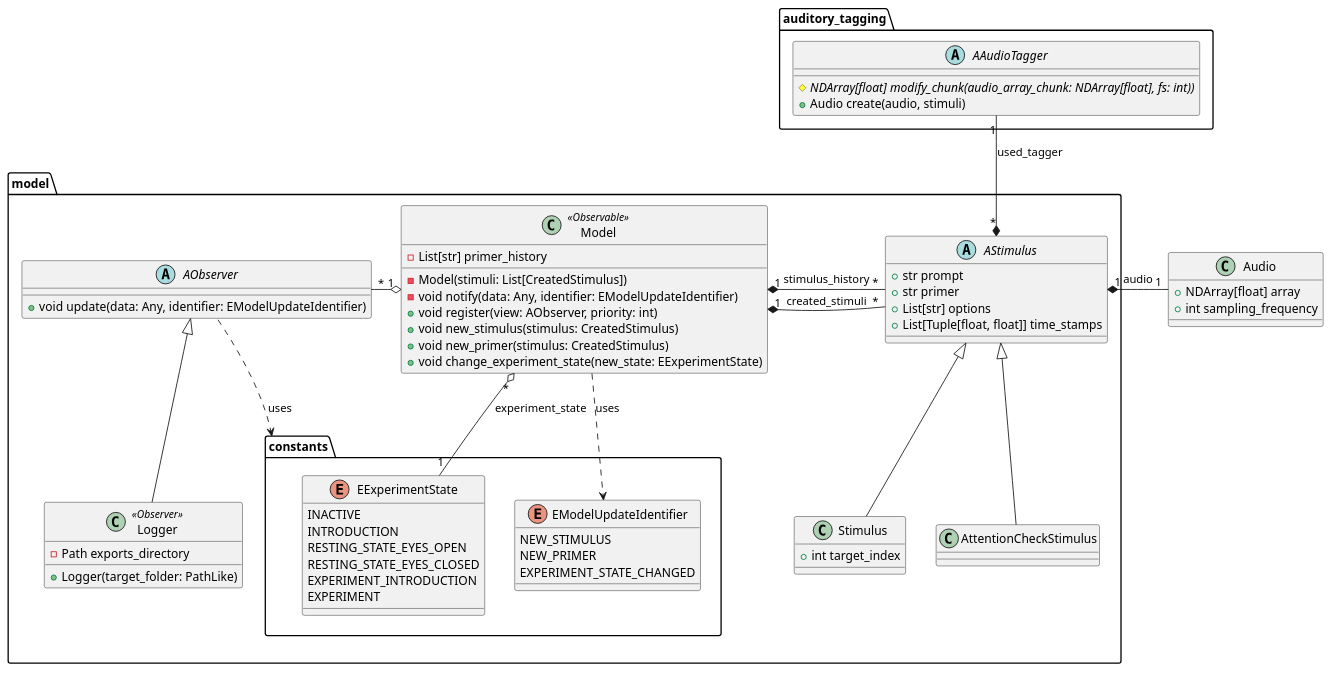
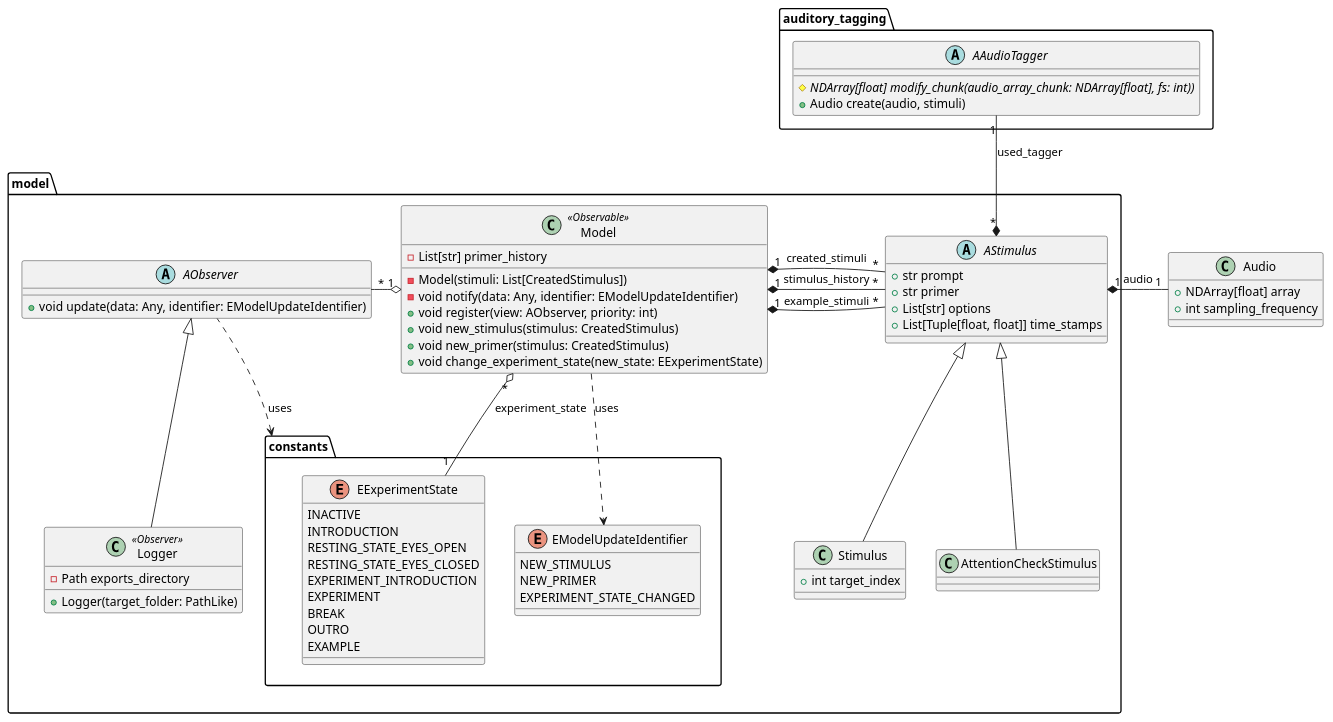
Before and after one commit to michalrzak/auditory-intention-decoding: the diagram in diagrams/plantuml/class/model_class.puml, drawn with PlantUML. The commit also changed 11 other files, not shown here.

```diff
--- a/diagrams/plantuml/class/model_class.puml
+++ b/diagrams/plantuml/class/model_class.puml
@@ -1,80 +1,84 @@
 @startuml
 
 class Audio {
     +NDArray[float] array
     +int sampling_frequency
 }
 
 package auditory_tagging {
     abstract class AAudioTagger {
       #NDArray[float] {abstract} modify_chunk(audio_array_chunk: NDArray[float], fs: int))
       +Audio create(audio, stimuli)
     }
 }
 
 package model {
     abstract class AObserver {
         +void update(data: Any, identifier: EModelUpdateIdentifier)
     }
 
     class Model <<Observable>>{
         -List[str] primer_history
 
         -Model(stimuli: List[CreatedStimulus])
         -void notify(data: Any, identifier: EModelUpdateIdentifier)
         +void register(view: AObserver, priority: int)
         +void new_stimulus(stimulus: CreatedStimulus)
         +void new_primer(stimulus: CreatedStimulus)
         +void change_experiment_state(new_state: EExperimentState)
     }
     class Logger<<Observer>> {
         -Path exports_directory
         +Logger(target_folder: PathLike)
     }
     Logger -u-|> AObserver
 
     package constants {
         enum EExperimentState {
             INACTIVE
             INTRODUCTION
             RESTING_STATE_EYES_OPEN
             RESTING_STATE_EYES_CLOSED
             EXPERIMENT_INTRODUCTION
             EXPERIMENT
+            BREAK
+            OUTRO
+            EXAMPLE
         }
 
         enum EModelUpdateIdentifier {
             NEW_STIMULUS
             NEW_PRIMER
             EXPERIMENT_STATE_CHANGED
         }
     }
 
     abstract class AStimulus {
         +str prompt
         +str primer
         +List[str] options
         +List[Tuple[float, float]] time_stamps
     }
     AStimulus "*" *-u- "1" AAudioTagger: used_tagger
     AStimulus "1" *-r- "1" Audio: audio
 
 
     class Stimulus {
         +int target_index
     }
     Stimulus -u-|> AStimulus
 
     class AttentionCheckStimulus {}
      AttentionCheckStimulus -u-|> AStimulus
 }
 Model "1" *-r- "*" AStimulus: "stimulus_history"
 Model "1" *-r- "*" AStimulus: created_stimuli
+Model "1" *-r- "*" AStimulus: "example_stimuli"
 Model "*" o--- "1" EExperimentState: "experiment_state"
 Model "1" o-l-- "*" AObserver
 
 Model ..> EModelUpdateIdentifier: "uses"
 
 AObserver .l.> constants: "uses"
 
 @enduml
```
